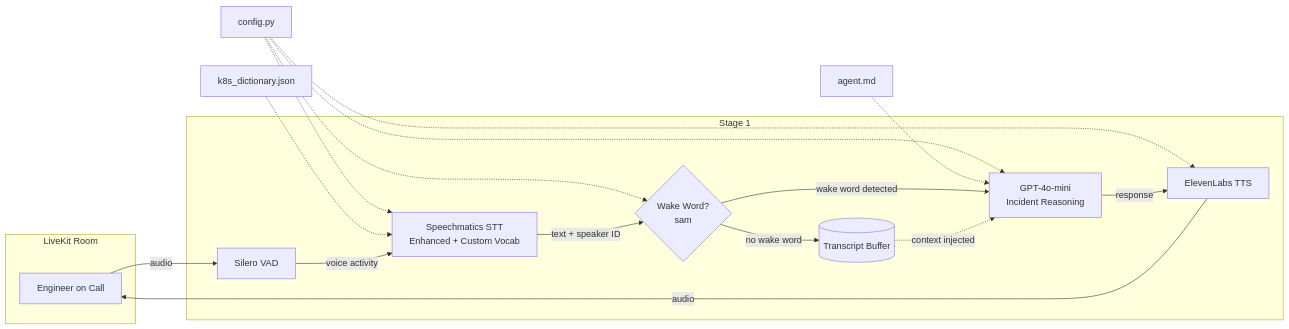
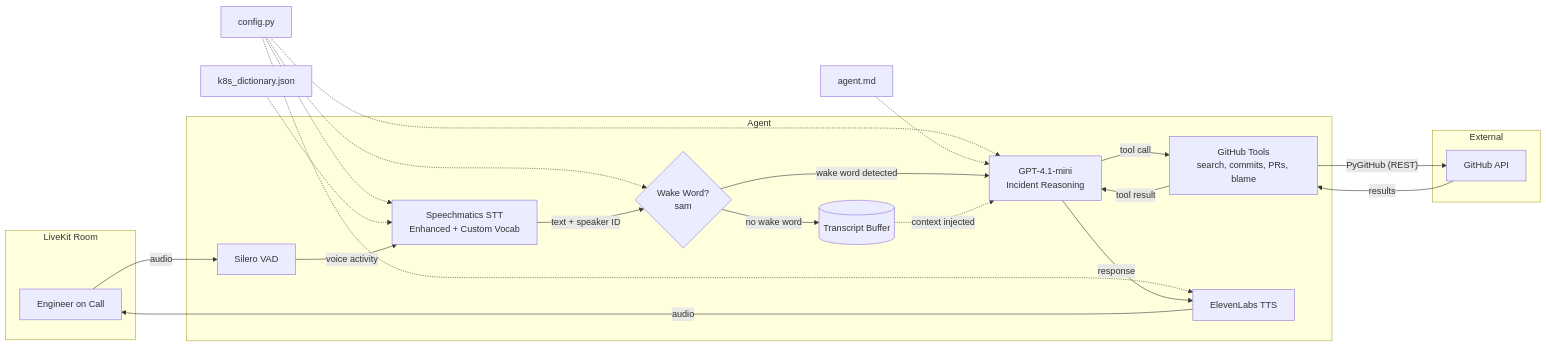
Before and after one commit to nishuastic/war-room-copilot: the diagram in docs/architecture.md, drawn with Mermaid. The commit also changed other lines of this file and 10 other files, not shown here.

First line of the commit message:
feat: Stage 2 — GitHub tools + GPT-4.1-mini upgrade

````diff
--- a/docs/architecture.md
+++ b/docs/architecture.md
@@ -7,31 +7,40 @@
 ```mermaid
 flowchart LR
     subgraph LiveKit Room
         User[Engineer on Call]
     end
 
-    subgraph Stage 1
+    subgraph Agent
         VAD[Silero VAD]
         STT[Speechmatics STT<br/>Enhanced + Custom Vocab]
         WW{Wake Word?<br/>sam}
         Buffer[(Transcript Buffer)]
-        LLM[GPT-4o-mini<br/>Incident Reasoning]
+        LLM[GPT-4.1-mini<br/>Incident Reasoning]
+        Tools[GitHub Tools<br/>search, commits, PRs, blame]
         TTS[ElevenLabs TTS]
+    end
+
+    subgraph External
+        GH[GitHub API]
     end
 
     Config[config.py] -.-> STT
     Config -.-> LLM
     Config -.-> TTS
     Config -.-> WW
     Dict[k8s_dictionary.json] -.-> STT
     Prompt[agent.md] -.-> LLM
 
     User -- audio --> VAD
     VAD -- voice activity --> STT
     STT -- text + speaker ID --> WW
     WW -- "no wake word" --> Buffer
     WW -- "wake word detected" --> LLM
     Buffer -. "context injected" .-> LLM
+    LLM -- "tool call" --> Tools
+    Tools -- "PyGitHub (REST)" --> GH
+    GH -- results --> Tools
+    Tools -- "tool result" --> LLM
     LLM -- response --> TTS
     TTS -- audio --> User
 ```
````
